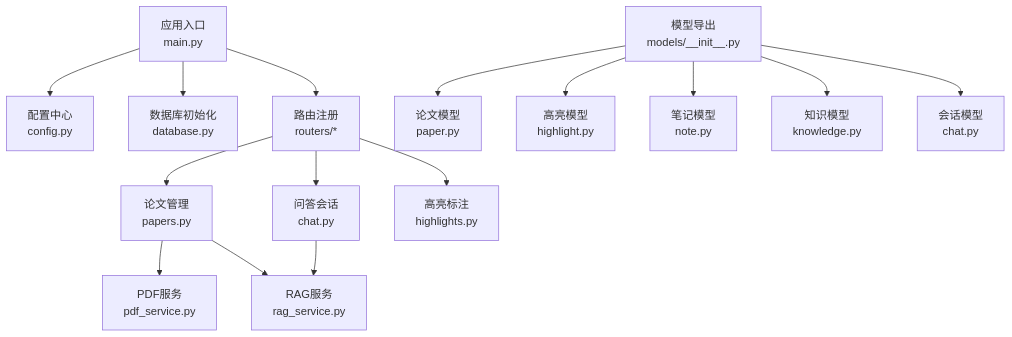
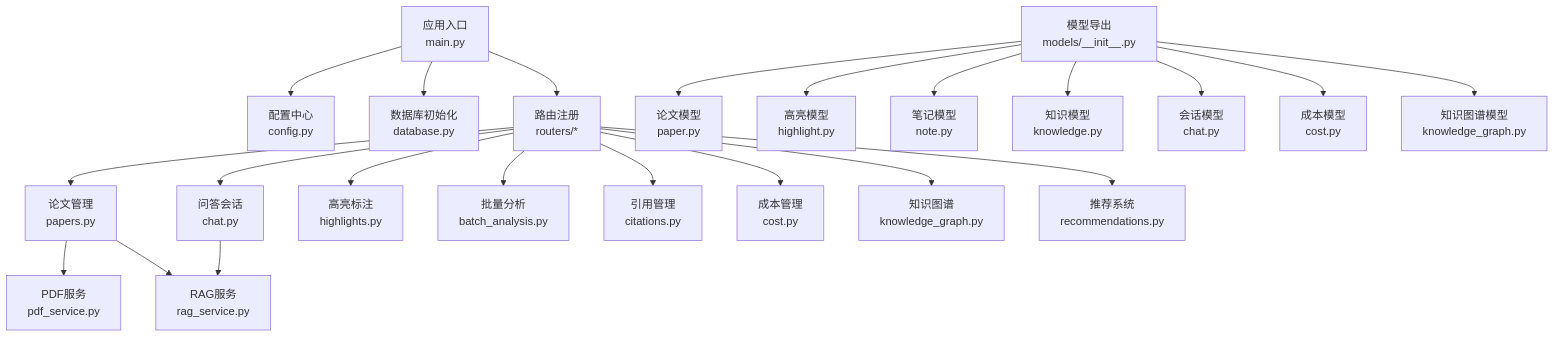
Before and after one commit to laohanhahaha/PaperChat: the first of 13 diagrams in .qoder/repowiki/zh/content/核心功能详解/核心功能详解.md, drawn with Mermaid. The commit also changed other lines of this file and 59 other files, not shown here.

````diff
--- a/.qoder/repowiki/zh/content/核心功能详解/核心功能详解.md
+++ b/.qoder/repowiki/zh/content/核心功能详解/核心功能详解.md
@@ -45,17 +56,24 @@
 ```mermaid
 graph TB
 A["应用入口<br/>main.py"] --> B["配置中心<br/>config.py"]
 A --> C["数据库初始化<br/>database.py"]
 A --> D["路由注册<br/>routers/*"]
 D --> E["论文管理<br/>papers.py"]
 D --> F["问答会话<br/>chat.py"]
 D --> G["高亮标注<br/>highlights.py"]
-E --> H["PDF服务<br/>pdf_service.py"]
-E --> I["RAG服务<br/>rag_service.py"]
-F --> I
-J["模型导出<br/>models/__init__.py"] --> K["论文模型<br/>paper.py"]
-J --> L["高亮模型<br/>highlight.py"]
-J --> M["笔记模型<br/>note.py"]
-J --> N["知识模型<br/>knowledge.py"]
-J --> O["会话模型<br/>chat.py"]
+D --> H["批量分析<br/>batch_analysis.py"]
+D --> I["引用管理<br/>citations.py"]
+D --> J["成本管理<br/>cost.py"]
+D --> K["知识图谱<br/>knowledge_graph.py"]
+D --> L["推荐系统<br/>recommendations.py"]
+E --> M["PDF服务<br/>pdf_service.py"]
+E --> N["RAG服务<br/>rag_service.py"]
+F --> N
+O["模型导出<br/>models/__init__.py"] --> P["论文模型<br/>paper.py"]
+O --> Q["高亮模型<br/>highlight.py"]
+O --> R["笔记模型<br/>note.py"]
+O --> S["知识模型<br/>knowledge.py"]
+O --> T["会话模型<br/>chat.py"]
+O --> U["成本模型<br/>cost.py"]
+O --> V["知识图谱模型<br/>knowledge_graph.py"]
 ```
````
